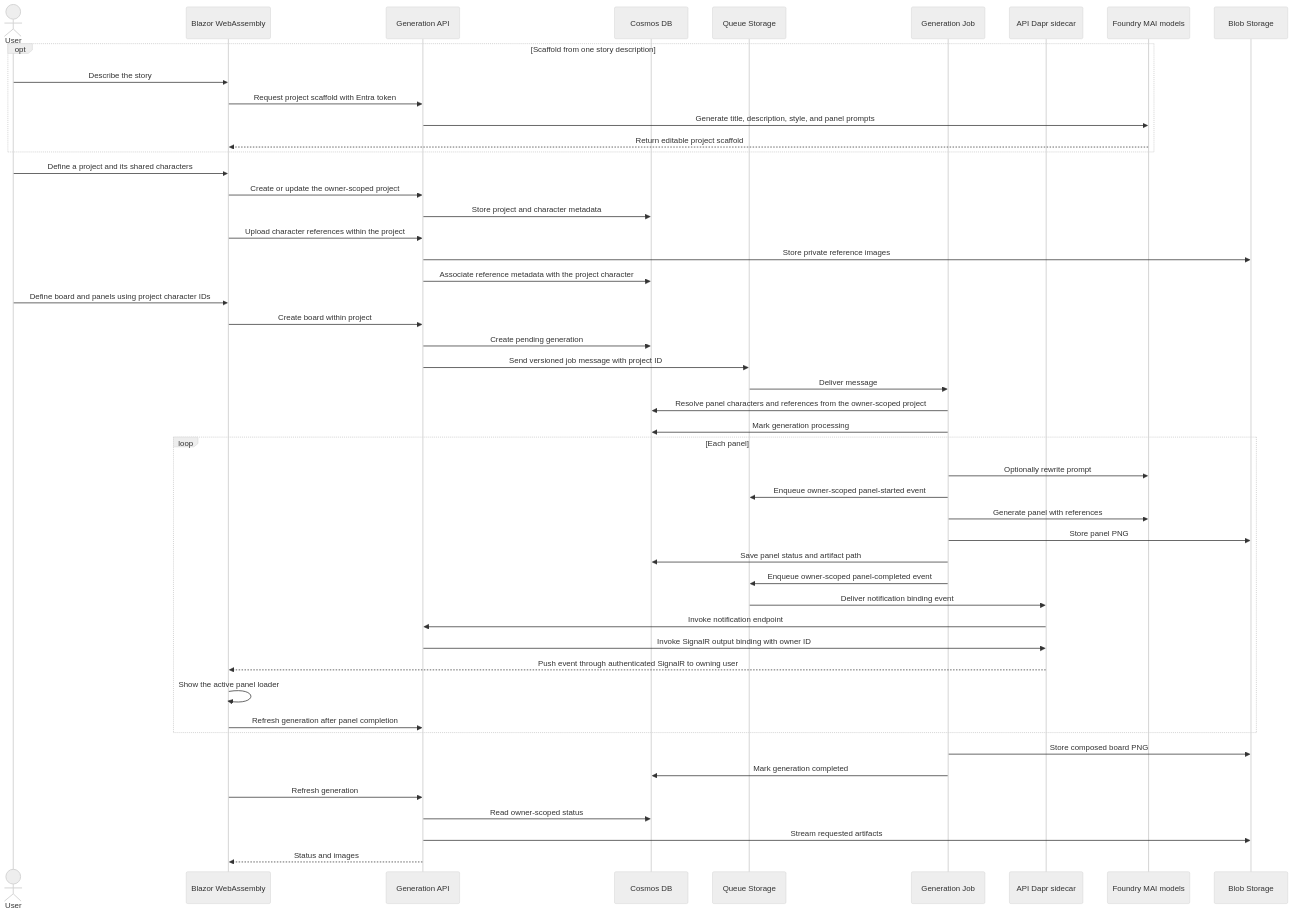
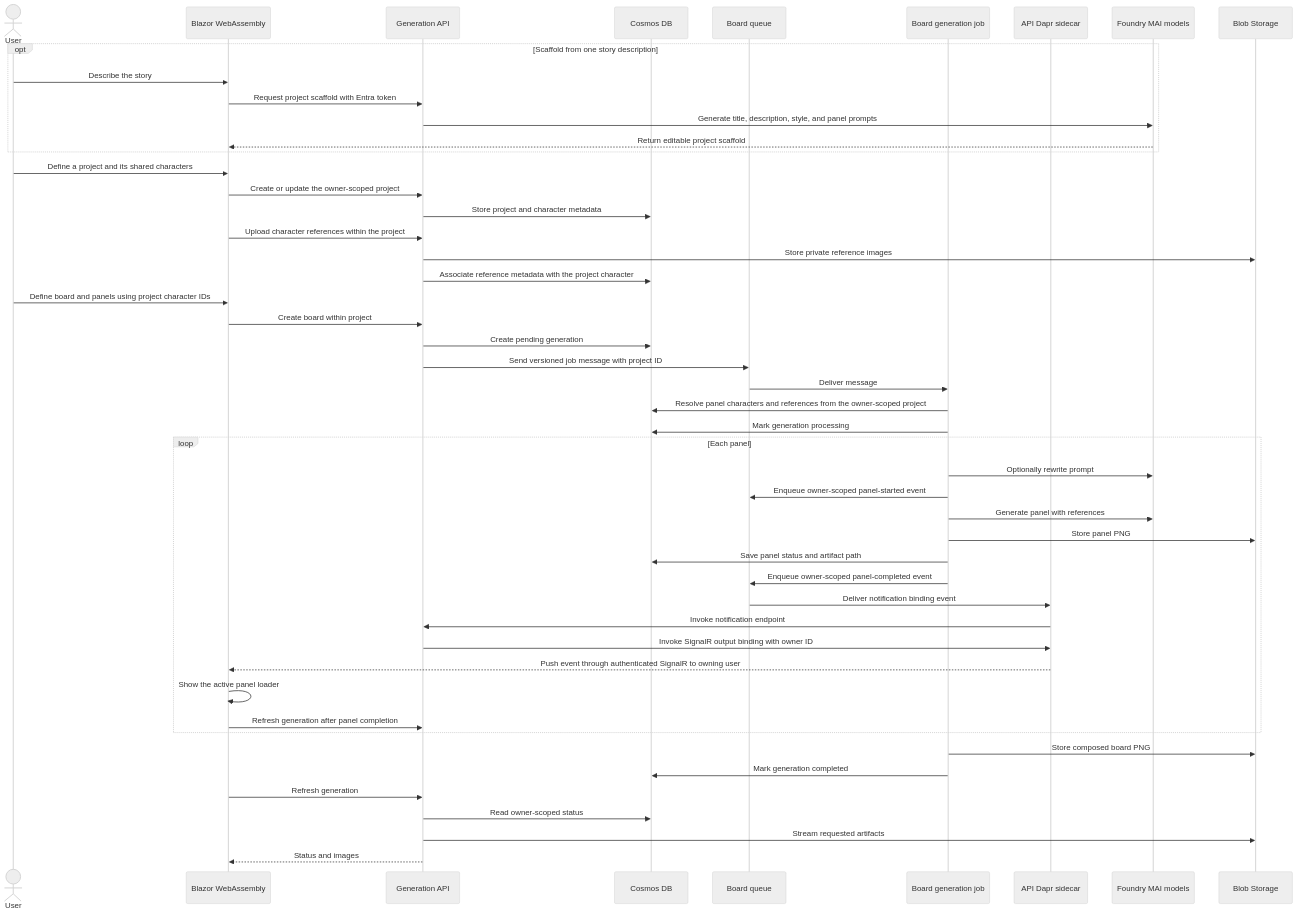
The second of 3 diagrams in docs/architecture.md (mathieumack/foundry-comics-mai), drawn with Mermaid (neutral theme) before and after one commit. The commit also changed other lines of this file and 25 other files, not shown here.

````diff
--- a/docs/architecture.md
+++ b/docs/architecture.md
@@ -45,51 +50,51 @@
 ```mermaid
 sequenceDiagram
     actor User
     participant Web as Blazor WebAssembly
     participant API as Generation API
     participant DB as Cosmos DB
-    participant Queue as Queue Storage
-    participant Job as Generation Job
+    participant Queue as Board queue
+    participant Job as Board generation job
     participant Dapr as API Dapr sidecar
     participant MAI as Foundry MAI models
     participant Blob as Blob Storage
     opt Scaffold from one story description
         User->>Web: Describe the story
         Web->>API: Request project scaffold with Entra token
         API->>MAI: Generate title, description, style, and panel prompts
         MAI-->>Web: Return editable project scaffold
     end
     User->>Web: Define a project and its shared characters
     Web->>API: Create or update the owner-scoped project
     API->>DB: Store project and character metadata
     Web->>API: Upload character references within the project
     API->>Blob: Store private reference images
     API->>DB: Associate reference metadata with the project character
     User->>Web: Define board and panels using project character IDs
     Web->>API: Create board within project
     API->>DB: Create pending generation
     API->>Queue: Send versioned job message with project ID
     Queue->>Job: Deliver message
     Job->>DB: Resolve panel characters and references from the owner-scoped project
     Job->>DB: Mark generation processing
     loop Each panel
         Job->>MAI: Optionally rewrite prompt
         Job->>Queue: Enqueue owner-scoped panel-started event
         Job->>MAI: Generate panel with references
         Job->>Blob: Store panel PNG
         Job->>DB: Save panel status and artifact path
         Job->>Queue: Enqueue owner-scoped panel-completed event
         Queue->>Dapr: Deliver notification binding event
         Dapr->>API: Invoke notification endpoint
         API->>Dapr: Invoke SignalR output binding with owner ID
         Dapr-->>Web: Push event through authenticated SignalR to owning user
         Web->>Web: Show the active panel loader
         Web->>API: Refresh generation after panel completion
     end
     Job->>Blob: Store composed board PNG
     Job->>DB: Mark generation completed
     Web->>API: Refresh generation
     API->>DB: Read owner-scoped status
     API->>Blob: Stream requested artifacts
     API-->>Web: Status and images
 ```
````
